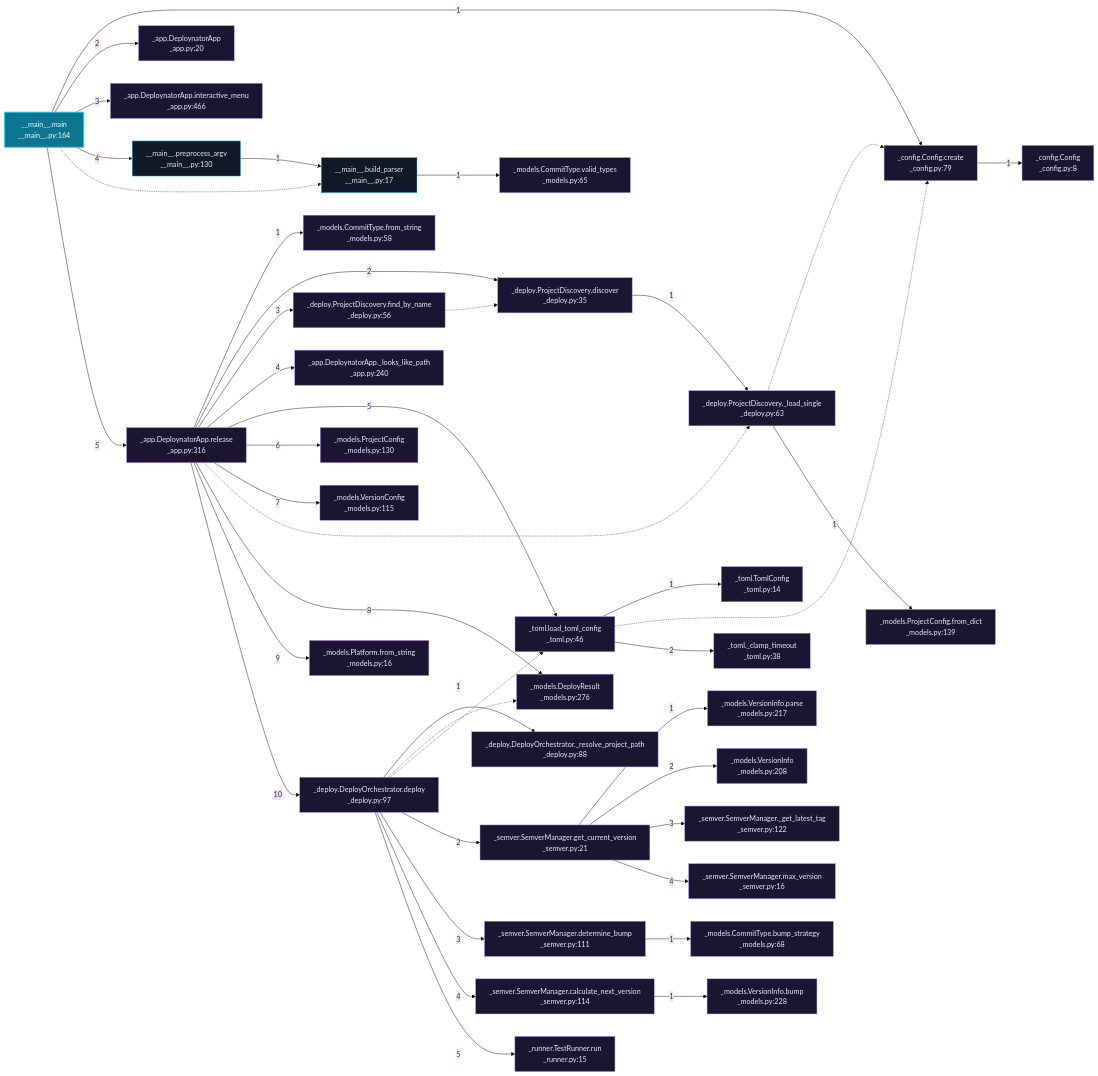
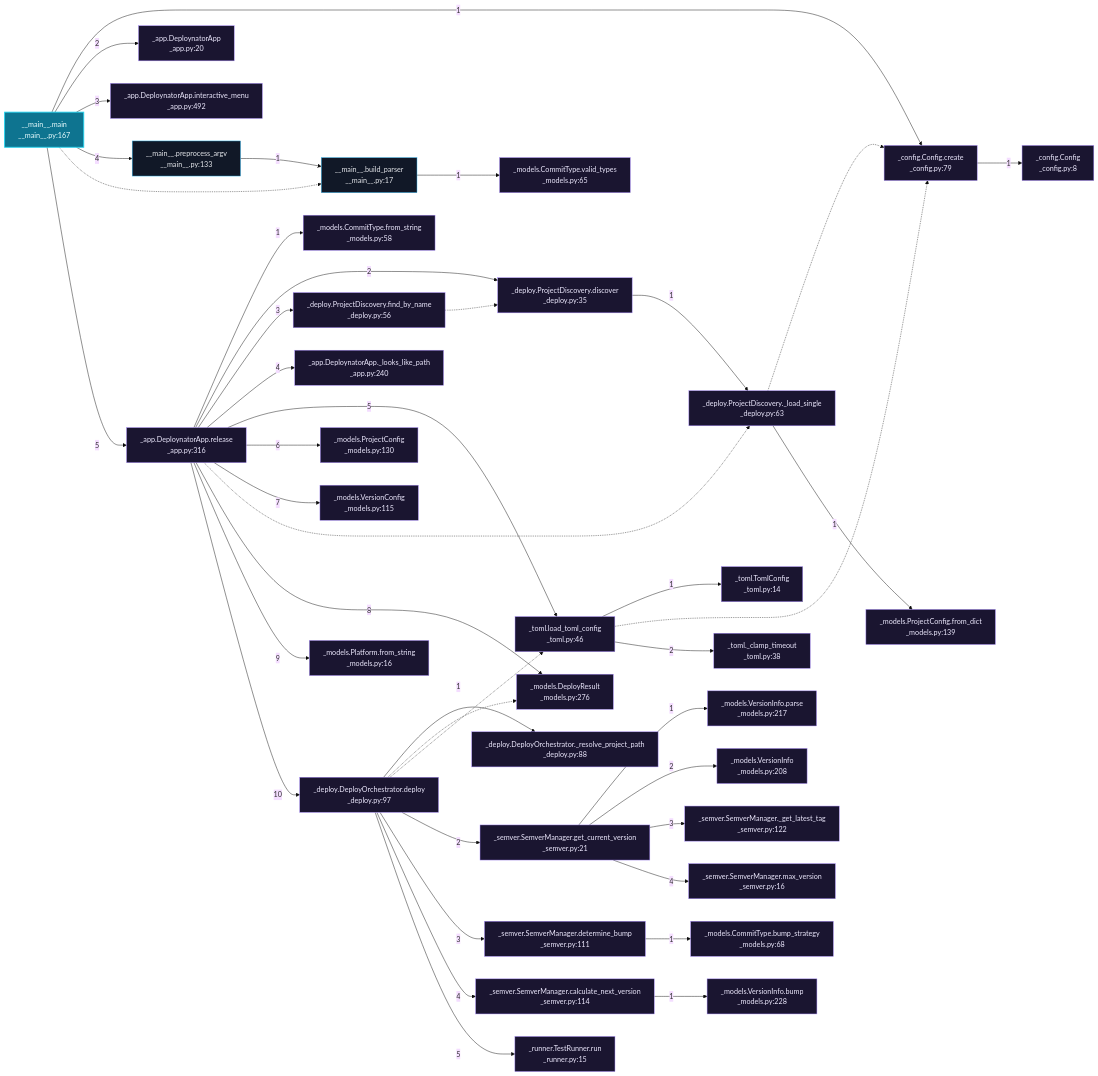
Before and after one commit to grisuno/deploynator: the sixth of 9 diagrams in readmenator-apidocs/architecture.md, drawn with Mermaid (base theme). The commit also changed other lines of this file and 116 other files, not shown here.

````diff
--- a/readmenator-apidocs/architecture.md
+++ b/readmenator-apidocs/architecture.md
@@ -179,80 +318,80 @@
 ```mermaid
 flowchart LR
     classDef default fill:#111827,stroke:#38bdf8,color:#e5e7eb;
     classDef entry fill:#0e7490,stroke:#22d3ee,color:#ecfeff,stroke-width:2px;
     classDef external fill:#1a1530,stroke:#a78bfa,color:#ede9fe;
-    n_deploynator___main___py__main["__main__.main<br/>__main__.py:164"]:::entry
+    n_deploynator___main___py__main["__main__.main<br/>__main__.py:167"]:::entry
     n_deploynator__config_py__create["_config.Config.create<br/>_config.py:79"]:::external
     n_deploynator__config_py__Config["_config.Config<br/>_config.py:8"]:::external
     n_deploynator__app_py__DeploynatorApp["_app.DeploynatorApp<br/>_app.py:20"]:::external
-    n_deploynator__app_py__interactive_menu["_app.DeploynatorApp.interactive_menu<br/>_app.py:466"]:::external
-    n_deploynator___main___py__preprocess_argv["__main__.preprocess_argv<br/>__main__.py:130"]:::default
+    n_deploynator__app_py__interactive_menu["_app.DeploynatorApp.interactive_menu<br/>_app.py:492"]:::external
+    n_deploynator___main___py__preprocess_argv["__main__.preprocess_argv<br/>__main__.py:133"]:::default
     n_deploynator___main___py__build_parser["__main__.build_parser<br/>__main__.py:17"]:::default
     n_deploynator__models_py__valid_types["_models.CommitType.valid_types<br/>_models.py:65"]:::external
     n_deploynator__app_py__release["_app.DeploynatorApp.release<br/>_app.py:316"]:::external
     n_deploynator__models_py__from_string_58["_models.CommitType.from_string<br/>_models.py:58"]:::external
     n_deploynator__deploy_py__discover["_deploy.ProjectDiscovery.discover<br/>_deploy.py:35"]:::external
     n_deploynator__deploy_py___load_single["_deploy.ProjectDiscovery._load_single<br/>_deploy.py:63"]:::external
     n_deploynator__models_py__from_dict_139["_models.ProjectConfig.from_dict<br/>_models.py:139"]:::external
     n_deploynator__deploy_py__find_by_name["_deploy.ProjectDiscovery.find_by_name<br/>_deploy.py:56"]:::external
     n_deploynator__app_py___looks_like_path["_app.DeploynatorApp._looks_like_path<br/>_app.py:240"]:::external
     n_deploynator__toml_py__load_toml_config["_toml.load_toml_config<br/>_toml.py:46"]:::external
     n_deploynator__toml_py__TomlConfig["_toml.TomlConfig<br/>_toml.py:14"]:::external
     n_deploynator__toml_py___clamp_timeout["_toml._clamp_timeout<br/>_toml.py:38"]:::external
     n_deploynator__models_py__ProjectConfig["_models.ProjectConfig<br/>_models.py:130"]:::external
     n_deploynator__models_py__VersionConfig["_models.VersionConfig<br/>_models.py:115"]:::external
     n_deploynator__models_py__DeployResult["_models.DeployResult<br/>_models.py:276"]:::external
     n_deploynator__models_py__from_string["_models.Platform.from_string<br/>_models.py:16"]:::external
     n_deploynator__deploy_py__deploy["_deploy.DeployOrchestrator.deploy<br/>_deploy.py:97"]:::external
     n_deploynator__deploy_py___resolve_project_path["_deploy.DeployOrchestrator._resolve_project_path<br/>_deploy.py:88"]:::external
     n_deploynator__semver_py__get_current_version["_semver.SemverManager.get_current_version<br/>_semver.py:21"]:::external
     n_deploynator__models_py__parse_217["_models.VersionInfo.parse<br/>_models.py:217"]:::external
     n_deploynator__models_py__VersionInfo["_models.VersionInfo<br/>_models.py:208"]:::external
     n_deploynator__semver_py___get_latest_tag["_semver.SemverManager._get_latest_tag<br/>_semver.py:122"]:::external
     n_deploynator__semver_py__max_version["_semver.SemverManager.max_version<br/>_semver.py:16"]:::external
     n_deploynator__semver_py__determine_bump["_semver.SemverManager.determine_bump<br/>_semver.py:111"]:::external
     n_deploynator__models_py__bump_strategy["_models.CommitType.bump_strategy<br/>_models.py:68"]:::external
     n_deploynator__semver_py__calculate_next_version["_semver.SemverManager.calculate_next_version<br/>_semver.py:114"]:::external
     n_deploynator__models_py__bump["_models.VersionInfo.bump<br/>_models.py:228"]:::external
     n_deploynator__runner_py__run["_runner.TestRunner.run<br/>_runner.py:15"]:::external
     n_deploynator___main___py__main -->|"1"| n_deploynator__config_py__create
     n_deploynator__config_py__create -->|"1"| n_deploynator__config_py__Config
     n_deploynator___main___py__main -->|"2"| n_deploynator__app_py__DeploynatorApp
     n_deploynator___main___py__main -->|"3"| n_deploynator__app_py__interactive_menu
     n_deploynator___main___py__main -->|"4"| n_deploynator___main___py__preprocess_argv
     n_deploynator___main___py__preprocess_argv -->|"1"| n_deploynator___main___py__build_parser
     n_deploynator___main___py__build_parser -->|"1"| n_deploynator__models_py__valid_types
     n_deploynator___main___py__main -.-> n_deploynator___main___py__build_parser
     n_deploynator___main___py__main -->|"5"| n_deploynator__app_py__release
     n_deploynator__app_py__release -->|"1"| n_deploynator__models_py__from_string_58
     n_deploynator__app_py__release -->|"2"| n_deploynator__deploy_py__discover
     n_deploynator__deploy_py__discover -->|"1"| n_deploynator__deploy_py___load_single
     n_deploynator__deploy_py___load_single -.-> n_deploynator__config_py__create
     n_deploynator__deploy_py___load_single -->|"1"| n_deploynator__models_py__from_dict_139
     n_deploynator__app_py__release -->|"3"| n_deploynator__deploy_py__find_by_name
     n_deploynator__deploy_py__find_by_name -.-> n_deploynator__deploy_py__discover
     n_deploynator__app_py__release -->|"4"| n_deploynator__app_py___looks_like_path
     n_deploynator__app_py__release -->|"5"| n_deploynator__toml_py__load_toml_config
     n_deploynator__toml_py__load_toml_config -->|"1"| n_deploynator__toml_py__TomlConfig
     n_deploynator__toml_py__load_toml_config -.-> n_deploynator__config_py__create
     n_deploynator__toml_py__load_toml_config -->|"2"| n_deploynator__toml_py___clamp_timeout
     n_deploynator__app_py__release -->|"6"| n_deploynator__models_py__ProjectConfig
     n_deploynator__app_py__release -->|"7"| n_deploynator__models_py__VersionConfig
     n_deploynator__app_py__release -.-> n_deploynator__deploy_py___load_single
     n_deploynator__app_py__release -->|"8"| n_deploynator__models_py__DeployResult
     n_deploynator__app_py__release -->|"9"| n_deploynator__models_py__from_string
     n_deploynator__app_py__release -->|"10"| n_deploynator__deploy_py__deploy
     n_deploynator__deploy_py__deploy -->|"1"| n_deploynator__deploy_py___resolve_project_path
     n_deploynator__deploy_py__deploy -.-> n_deploynator__models_py__DeployResult
     n_deploynator__deploy_py__deploy -.-> n_deploynator__toml_py__load_toml_config
     n_deploynator__deploy_py__deploy -->|"2"| n_deploynator__semver_py__get_current_version
     n_deploynator__semver_py__get_current_version -->|"1"| n_deploynator__models_py__parse_217
     n_deploynator__semver_py__get_current_version -->|"2"| n_deploynator__models_py__VersionInfo
     n_deploynator__semver_py__get_current_version -->|"3"| n_deploynator__semver_py___get_latest_tag
     n_deploynator__semver_py__get_current_version -->|"4"| n_deploynator__semver_py__max_version
     n_deploynator__deploy_py__deploy -->|"3"| n_deploynator__semver_py__determine_bump
     n_deploynator__semver_py__determine_bump -->|"1"| n_deploynator__models_py__bump_strategy
     n_deploynator__deploy_py__deploy -->|"4"| n_deploynator__semver_py__calculate_next_version
     n_deploynator__semver_py__calculate_next_version -->|"1"| n_deploynator__models_py__bump
     n_deploynator__deploy_py__deploy -->|"5"| n_deploynator__runner_py__run
 ```
````
